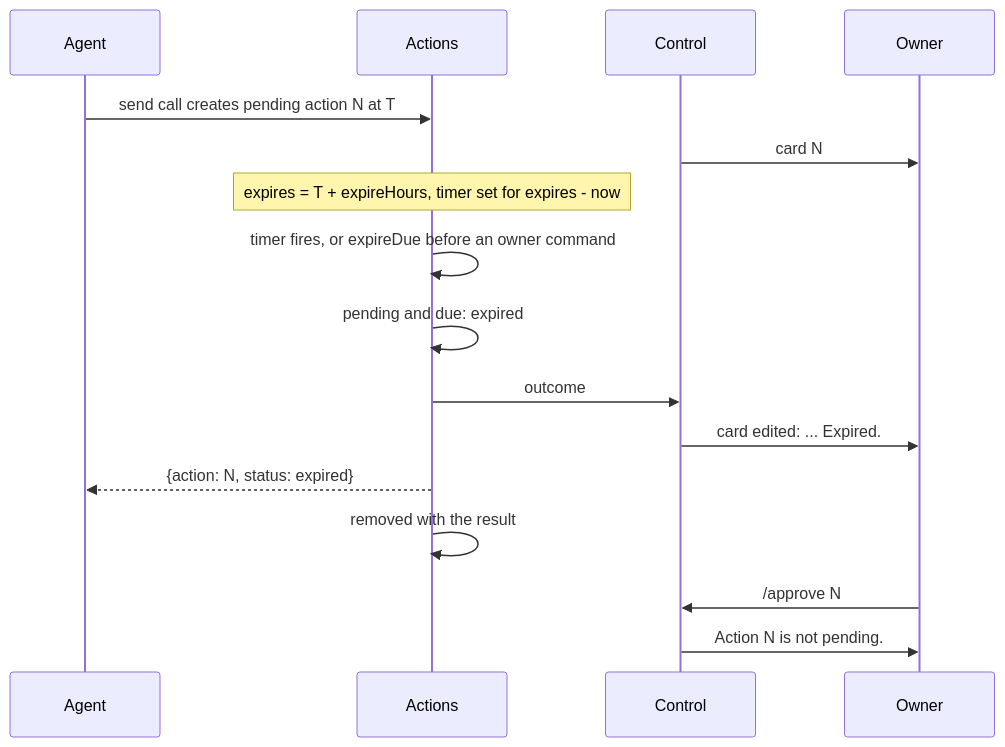
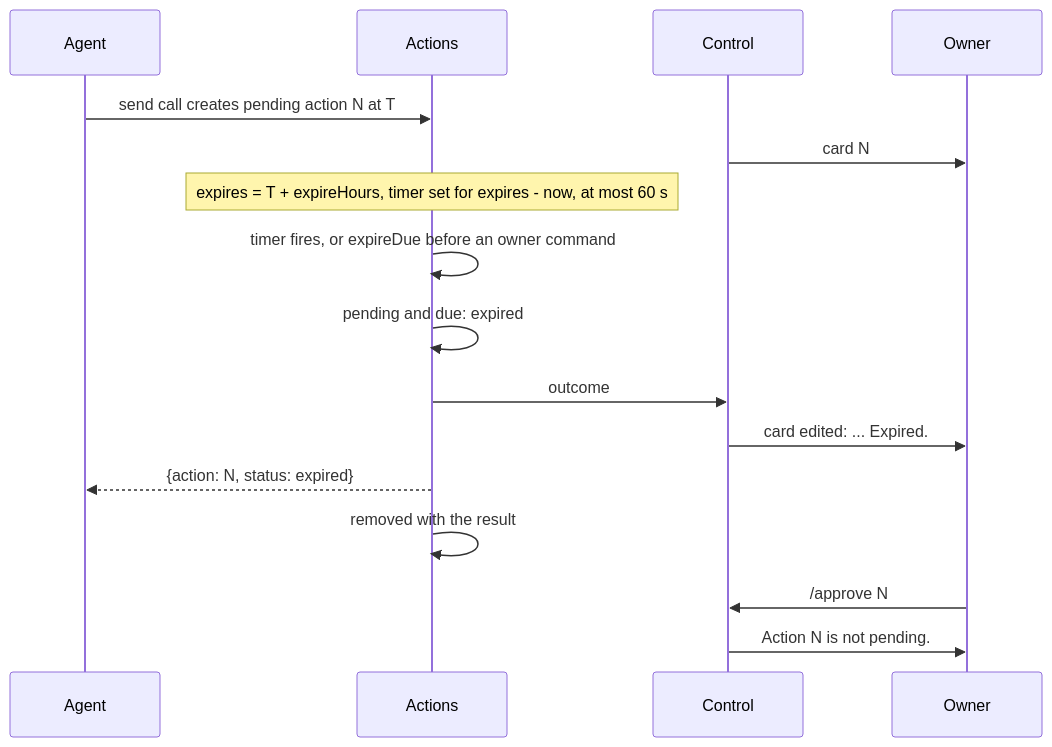
One commit to simplex-chat/simplex-chat changed the ninth of 30 diagrams in packages/simplex-chat-mcp/spec/flows.md. Above: the diagram before and after it, drawn with Mermaid. The commit also changed other lines of this file and 5 other files, not shown here.

````diff
--- a/packages/simplex-chat-mcp/spec/flows.md
+++ b/packages/simplex-chat-mcp/spec/flows.md
@@ -424,18 +424,18 @@
 ```mermaid
 sequenceDiagram
   participant A as Agent
   participant X as Actions
   participant K as Control
   participant O as Owner
   A->>X: send call creates pending action N at T
   K->>O: card N
-  Note over X: expires = T + expireHours, timer set for expires - now
+  Note over X: expires = T + expireHours, timer set for expires - now, at most 60 s
   X->>X: timer fires, or expireDue before an owner command
   X->>X: pending and due: expired
   X->>K: outcome
   K->>O: card edited: ... Expired.
   X-->>A: {action: N, status: expired}
   X->>X: removed with the result
   O->>K: /approve N
   K->>O: Action N is not pending.
 ```
````
